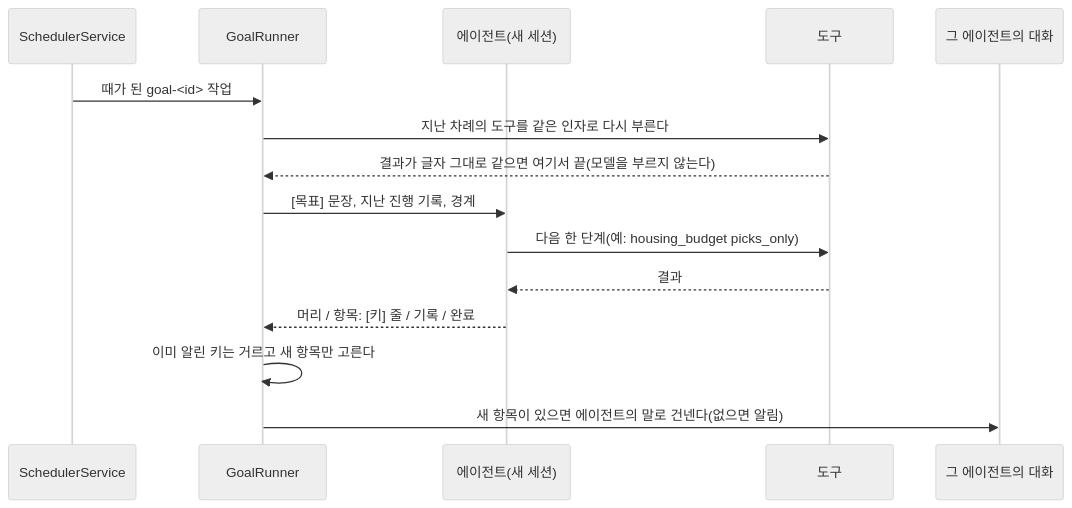
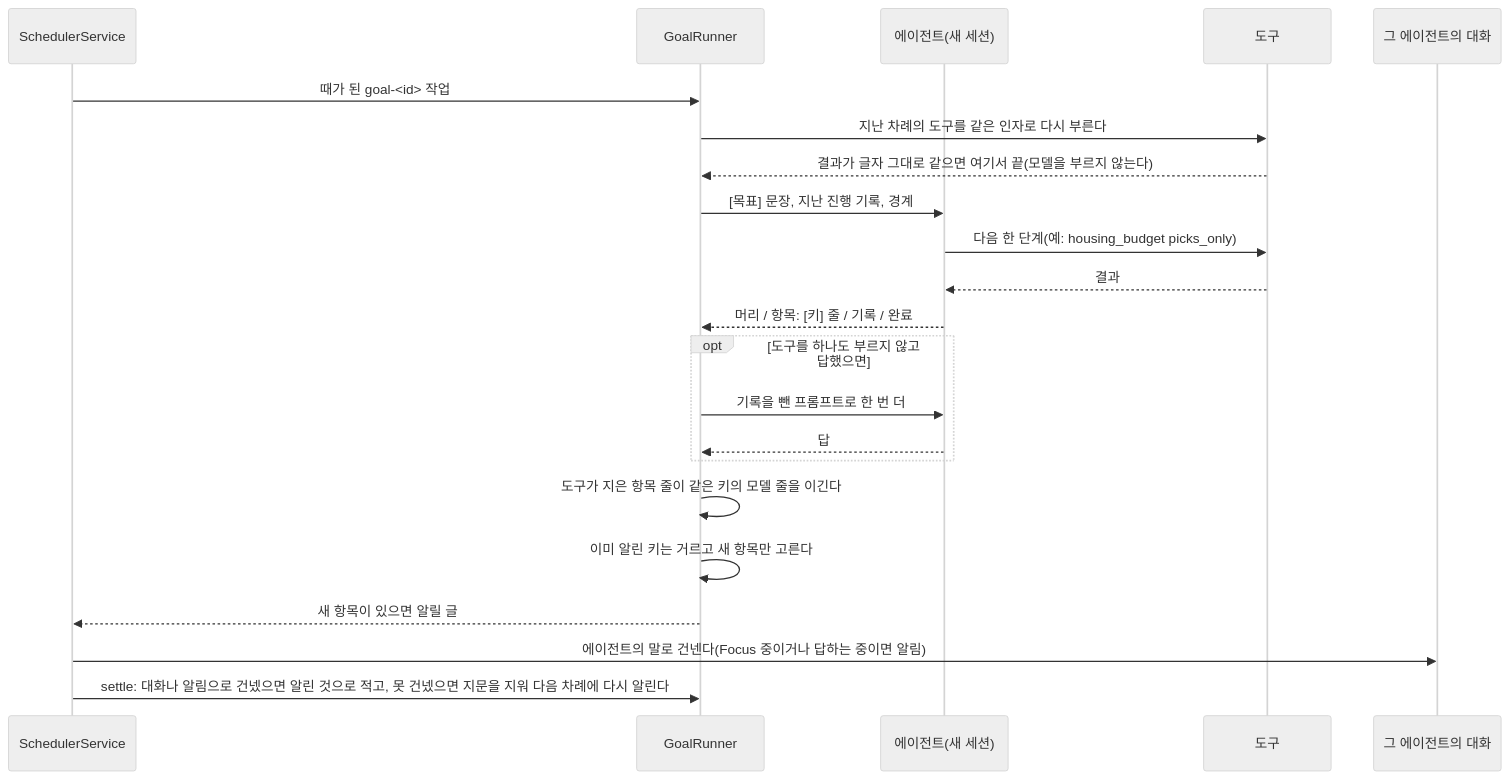
One commit to ash-hun/jarvis-agent changed the diagram in website/docs/concepts/conversation/goals.md. Above: the diagram before and after it, drawn with Mermaid (neutral theme). The commit also changed 30 other files, not shown here.

First line of the commit message:
Docs: 기능별 그림 13장과 캡션, mermaid 를 지금 코드에 맞춰, 사라진 메모리 미들웨어와 ThoughtFrame 약속 필드를 지우고 이후 추가된 경로를 그린다 (#179)

````diff
--- a/website/docs/concepts/conversation/goals.md
+++ b/website/docs/concepts/conversation/goals.md
@@ -20,17 +20,24 @@
 ```mermaid
 sequenceDiagram
   participant S as SchedulerService
   participant R as GoalRunner
   participant A as 에이전트(새 세션)
   participant T as 도구
   participant C as 그 에이전트의 대화
   S->>R: 때가 된 goal-<id> 작업
   R->>T: 지난 차례의 도구를 같은 인자로 다시 부른다
   T-->>R: 결과가 글자 그대로 같으면 여기서 끝(모델을 부르지 않는다)
   R->>A: [목표] 문장, 지난 진행 기록, 경계
   A->>T: 다음 한 단계(예: housing_budget picks_only)
   T-->>A: 결과
   A-->>R: 머리 / 항목: [키] 줄 / 기록 / 완료
+  opt 도구를 하나도 부르지 않고 답했으면
+    R->>A: 기록을 뺀 프롬프트로 한 번 더
+    A-->>R: 답
+  end
+  R->>R: 도구가 지은 항목 줄이 같은 키의 모델 줄을 이긴다
   R->>R: 이미 알린 키는 거르고 새 항목만 고른다
-  R->>C: 새 항목이 있으면 에이전트의 말로 건넨다(없으면 알림)
+  R-->>S: 새 항목이 있으면 알릴 글
+  S->>C: 에이전트의 말로 건넨다(Focus 중이거나 답하는 중이면 알림)
+  S->>R: settle: 대화나 알림으로 건넸으면 알린 것으로 적고, 못 건넸으면 지문을 지워 다음 차례에 다시 알린다
 ```
````
